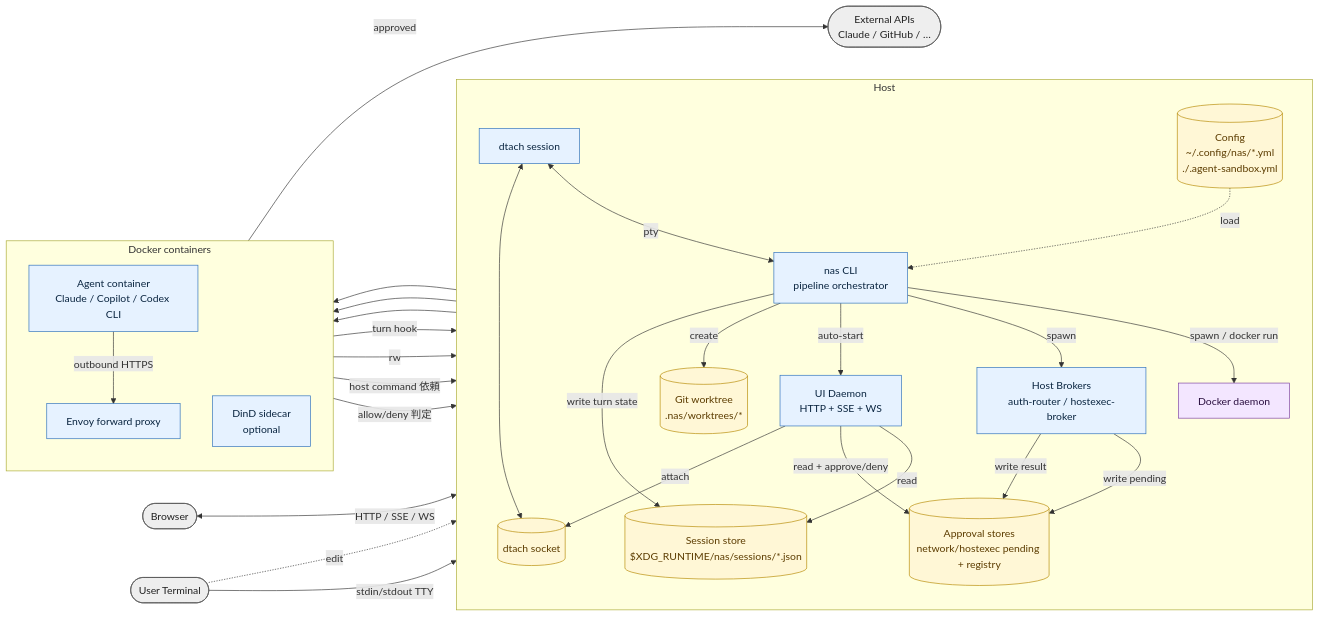
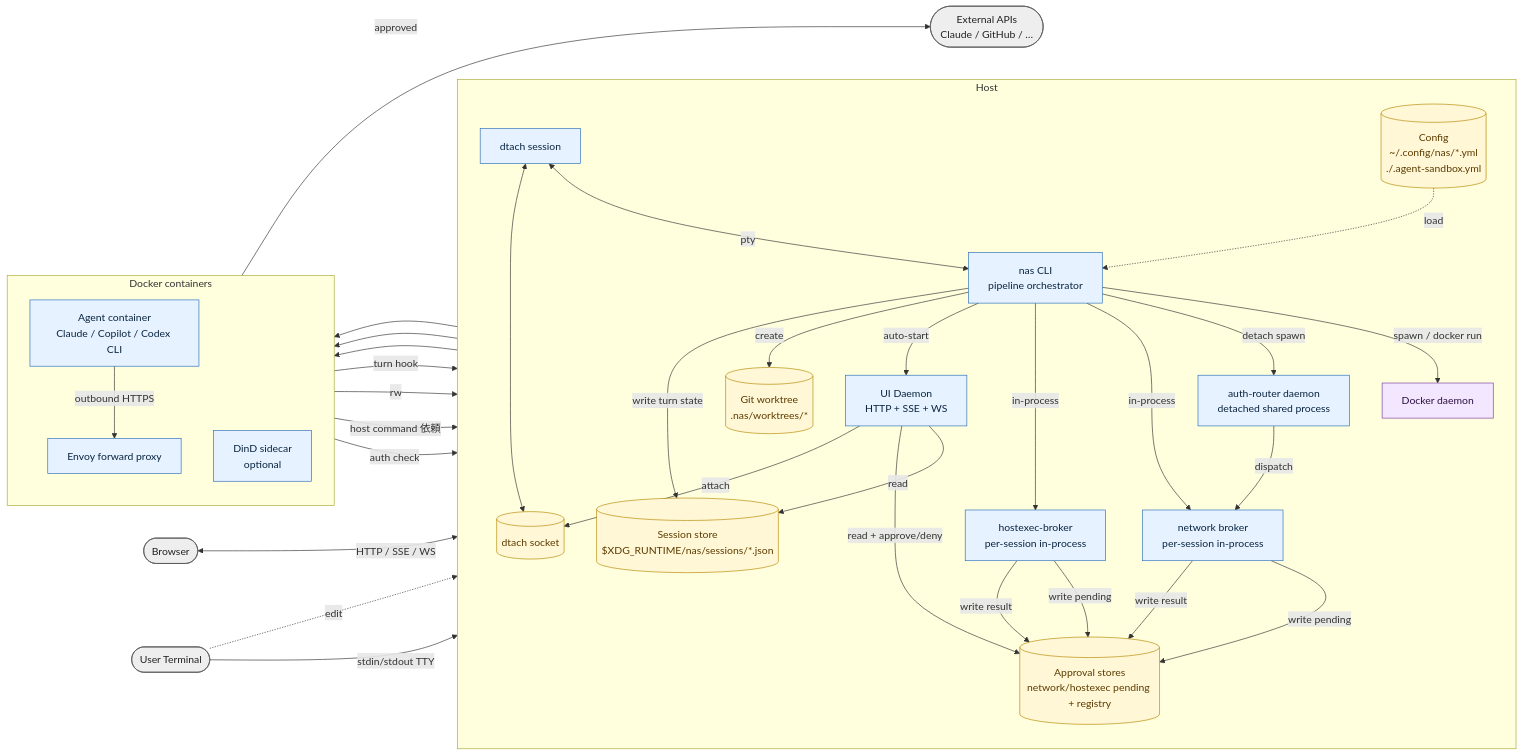
Before and after one commit to Hogeyama/nix-agent-sandbox: the diagram in docs/architecture/data-flow.md, drawn with Mermaid. The commit also changed other lines of this file, not shown here.

Commit message:
docs(architecture): update data-flow for detached auth-router
Split the Brokers node into auth-router daemon (detached shared process),
network broker (per-session in-process), and hostexec-broker (per-session
in-process) to reflect their distinct lifecycle models. Update edges and
process table accordingly.

````diff
--- a/docs/architecture/data-flow.md
+++ b/docs/architecture/data-flow.md
@@ -11,72 +11,79 @@
 ```mermaid
 flowchart LR
   %% ===== アクター =====
   User([User Terminal]):::actor
   Browser([Browser]):::actor
 
   %% ===== ホスト側プロセス =====
   subgraph Host["Host"]
     direction TB
     CLI[nas CLI<br/>pipeline orchestrator]:::proc
     Dtach[dtach session]:::proc
     UI[UI Daemon<br/>HTTP + SSE + WS]:::proc
-    Brokers[Host Brokers<br/>auth-router / hostexec-broker]:::proc
+    AuthRouter[auth-router daemon<br/>detached shared process]:::proc
+    NetBroker[network broker<br/>per-session in-process]:::proc
+    HeBroker[hostexec-broker<br/>per-session in-process]:::proc
     Dockerd[Docker daemon]:::ext
 
     Cfg[("Config<br/>~/.config/nas/*.yml<br/>./.agent-sandbox.yml")]:::store
     Sess[("Session store<br/>$XDG_RUNTIME/nas/sessions/*.json")]:::store
     Approvals[("Approval stores<br/>network/hostexec pending + registry")]:::store
     DtachSock[("dtach socket")]:::store
     Worktree[("Git worktree<br/>.nas/worktrees/*")]:::store
   end
 
   %% ===== コンテナ側プロセス =====
   subgraph Containers["Docker containers"]
     direction TB
     Agent[Agent container<br/>Claude / Copilot / Codex CLI]:::proc
     Envoy[Envoy forward proxy]:::proc
     Dind[DinD sidecar<br/>optional]:::proc
   end
 
   Ext([External APIs<br/>Claude / GitHub / …]):::actor
 
   %% ===== User / CLI =====
   User -->|stdin/stdout TTY| Dtach
   Dtach <-->|pty| CLI
   Dtach <--> DtachSock
   User -.->|edit| Cfg
   Cfg -.->|load| CLI
 
   %% ===== CLI が立ち上げるもの =====
   CLI -->|spawn / docker run| Dockerd
   Dockerd --> Agent
   Dockerd --> Envoy
   Dockerd --> Dind
-  CLI -->|spawn| Brokers
+  CLI -->|detach spawn| AuthRouter
+  CLI -->|in-process| NetBroker
+  CLI -->|in-process| HeBroker
   CLI -->|auto-start| UI
   CLI -->|create| Worktree
   CLI -->|write turn state| Sess
 
   %% ===== Agent ランタイム =====
   Agent -->|outbound HTTPS| Envoy
-  Envoy -->|allow/deny 判定| Brokers
+  Envoy -->|auth check| AuthRouter
+  AuthRouter -->|dispatch| NetBroker
+  NetBroker -->|write pending| Approvals
+  NetBroker -->|write result| Approvals
   Envoy -->|approved| Ext
-  Agent -->|host command 依頼| Brokers
-  Brokers -->|write pending| Approvals
-  Brokers -->|write result| Approvals
+  Agent -->|host command 依頼| HeBroker
+  HeBroker -->|write pending| Approvals
+  HeBroker -->|write result| Approvals
   Agent -->|rw| Worktree
 
   %% ===== UI / Browser =====
   Browser <-->|HTTP / SSE / WS| UI
   UI -->|read| Sess
   UI -->|read + approve/deny| Approvals
   UI -->|attach| DtachSock
 
   %% ===== hook 類 =====
   Agent -->|turn hook| Sess
 
   classDef proc fill:#e6f2ff,stroke:#2a6ebb,color:#0a2540
   classDef store fill:#fff7d6,stroke:#b58900,color:#5c3c00
   classDef actor fill:#eee,stroke:#555,color:#222
   classDef ext fill:#f3e6ff,stroke:#7a3ea1,color:#2b1040
 ```
````
